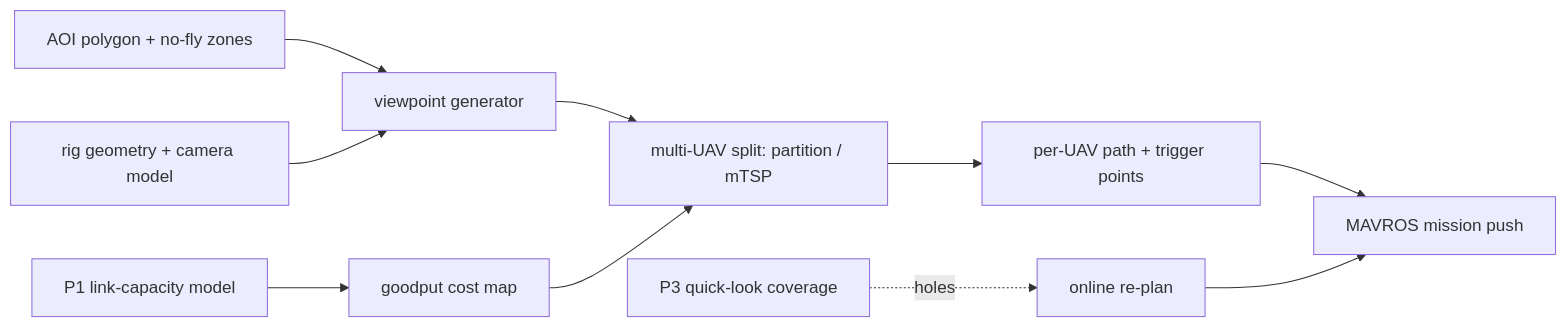
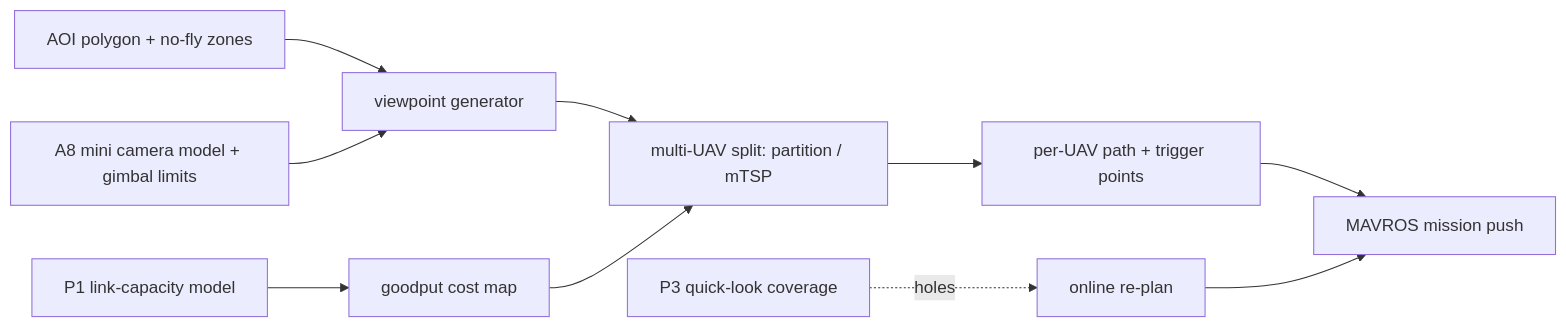
Before and after one commit to akashshingha850/meshmap: the diagram in planning/docs/technical.md, drawn with Mermaid. The commit also changed other lines of this file and 15 other files, not shown here.

````diff
--- a/planning/docs/technical.md
+++ b/planning/docs/technical.md
@@ -9,11 +9,11 @@
 ```mermaid
 flowchart LR
     AOI[AOI polygon + no-fly zones] --> VP[viewpoint generator]
-    RIG[rig geometry + camera model] --> VP
+    RIG[A8 mini camera model + gimbal limits] --> VP
     LCM[P1 link-capacity model] --> COST[goodput cost map]
     VP --> ALLOC[multi-UAV split: partition / mTSP]
     COST --> ALLOC
     ALLOC --> PATH[per-UAV path + trigger points]
     PATH --> MIS[MAVROS mission push]
     QL[P3 quick-look coverage] -. holes .-> REPLAN[online re-plan] --> MIS
 ```
````
